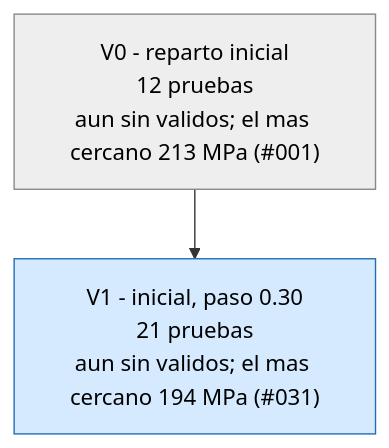
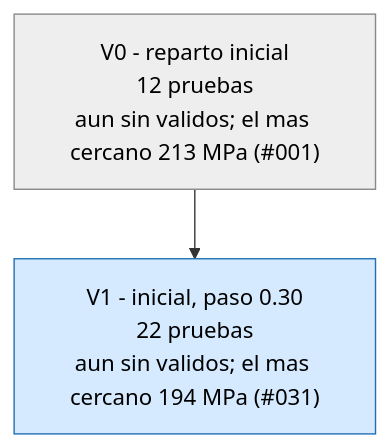
One commit to Hugiko/msd-soporte-optimizacion changed the first of 3 diagrams in runs/opt_37800N/ARBOL.md. Above: the diagram before and after it, drawn with Mermaid. The commit also changed 19 other files, not shown here.

````diff
--- a/runs/opt_37800N/ARBOL.md
+++ b/runs/opt_37800N/ARBOL.md
@@ -9,9 +9,9 @@
 ```mermaid
 graph TD
 classDef activa fill:#d6eaff,stroke:#1f6fb5,color:#000
 classDef fin fill:#eeeeee,stroke:#888,color:#000
 classDef mejor fill:#c8f0c0,stroke:#1a9850,stroke-width:4px,color:#000
 V0["V0 - reparto inicial<br/>12 pruebas<br/>aun sin validos; el mas cercano 213 MPa (#001)"]:::fin
-V1["V1 - inicial, paso 0.30<br/>21 pruebas<br/>aun sin validos; el mas cercano 194 MPa (#031)"]:::activa
+V1["V1 - inicial, paso 0.30<br/>22 pruebas<br/>aun sin validos; el mas cercano 194 MPa (#031)"]:::activa
 V0 --> V1
 ```
````
